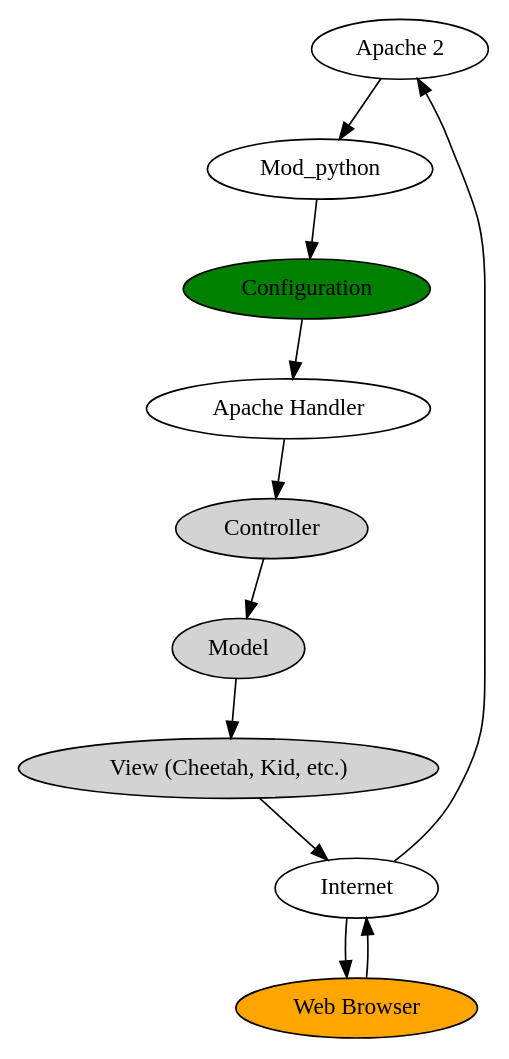
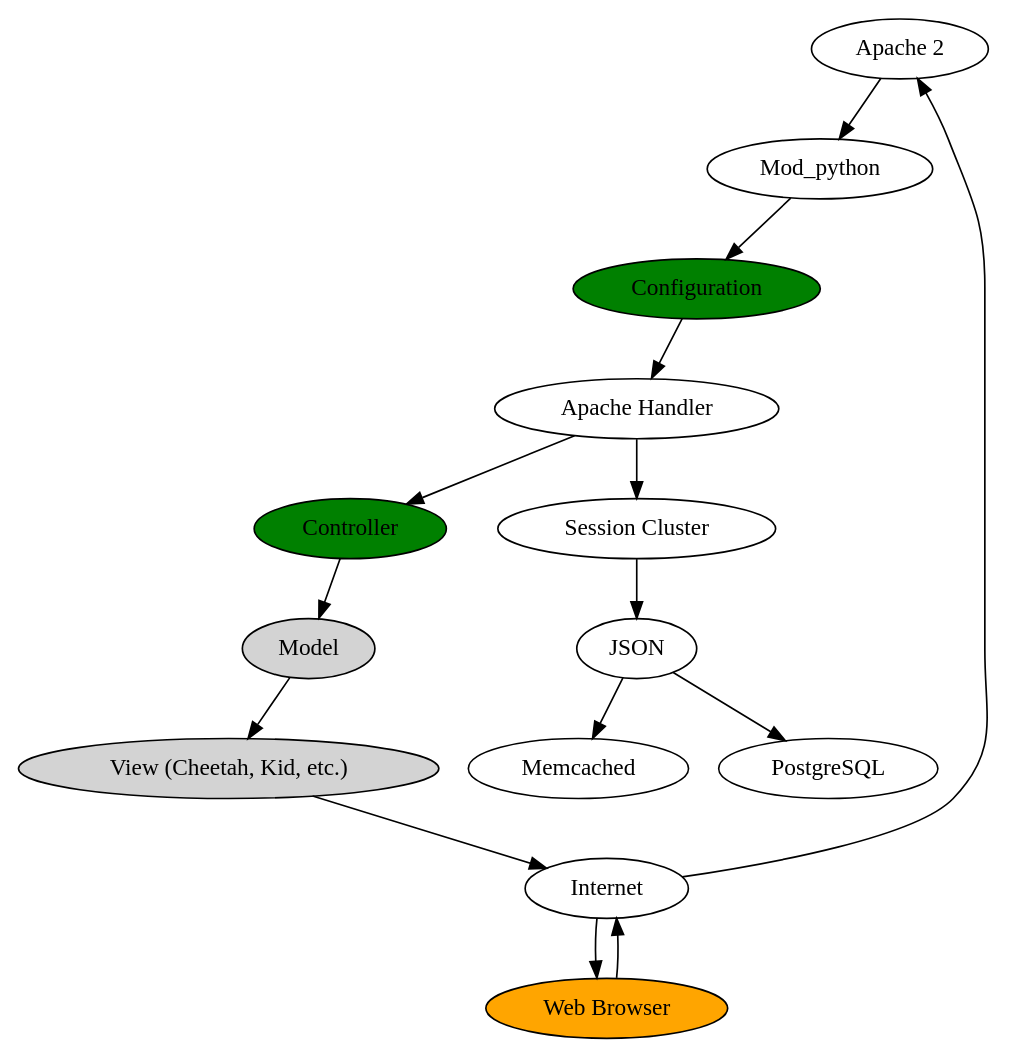
Before and after one commit to jmcfarlane/chula: the diagram in flow.dot, drawn with Graphviz.

Commit message:
Added a few more nodes to the flow chart

```diff
--- a/flow.dot
+++ b/flow.dot
@@ -1,23 +1,34 @@
 digraph chula {
     apache [label="Apache 2"]
     browser [label="Web Browser" style=filled fillcolor=orange]
     config [label="Configuration" style=filled fillcolor=green]
-    controller [label="Controller" style=filled]
+    controller [label="Controller" style=filled fillcolor=green]
     handler [label="Apache Handler"]
+    json [label="JSON"]
+    memcache [label="Memcached"]
+    mod_python [label="Mod_python"]
     model [label="Model" style=filled]
-    mod_python [label="Mod_python"]
+    postgres [label="PostgreSQL"]
+    session [label="Session Cluster"]
     view [label="View (Cheetah, Kid, etc.)" style=filled]
     web [label="Internet"]
 
+    /* Main stack */
     browser
     ->web
     ->apache
     ->mod_python
     ->config
     ->handler
     ->controller
     ->model
     ->view
     ->web
     ->browser
+
+    /* Session stack */
+    handler->session
+    session->json
+    json->postgres
+    json->memcache
 }
```
